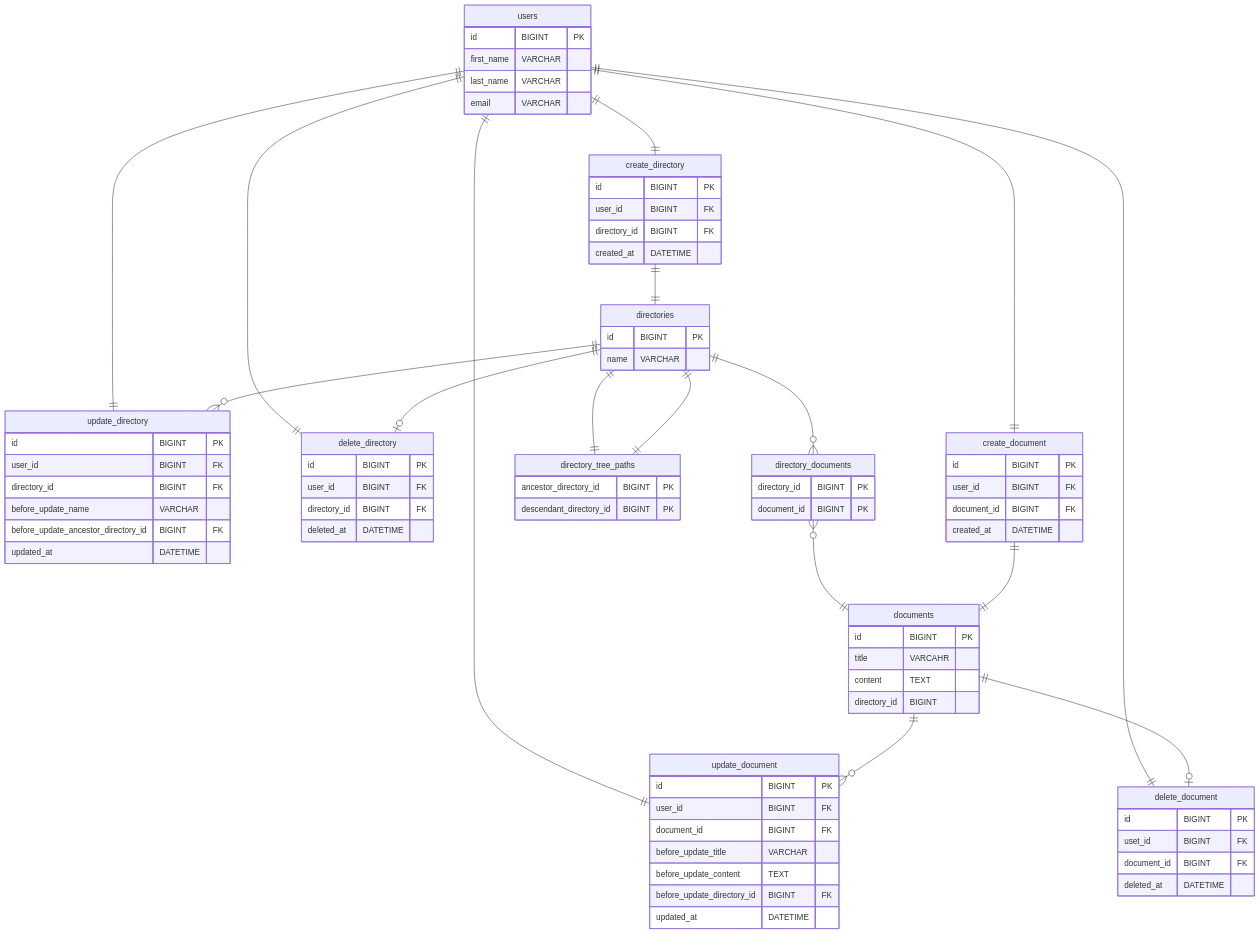
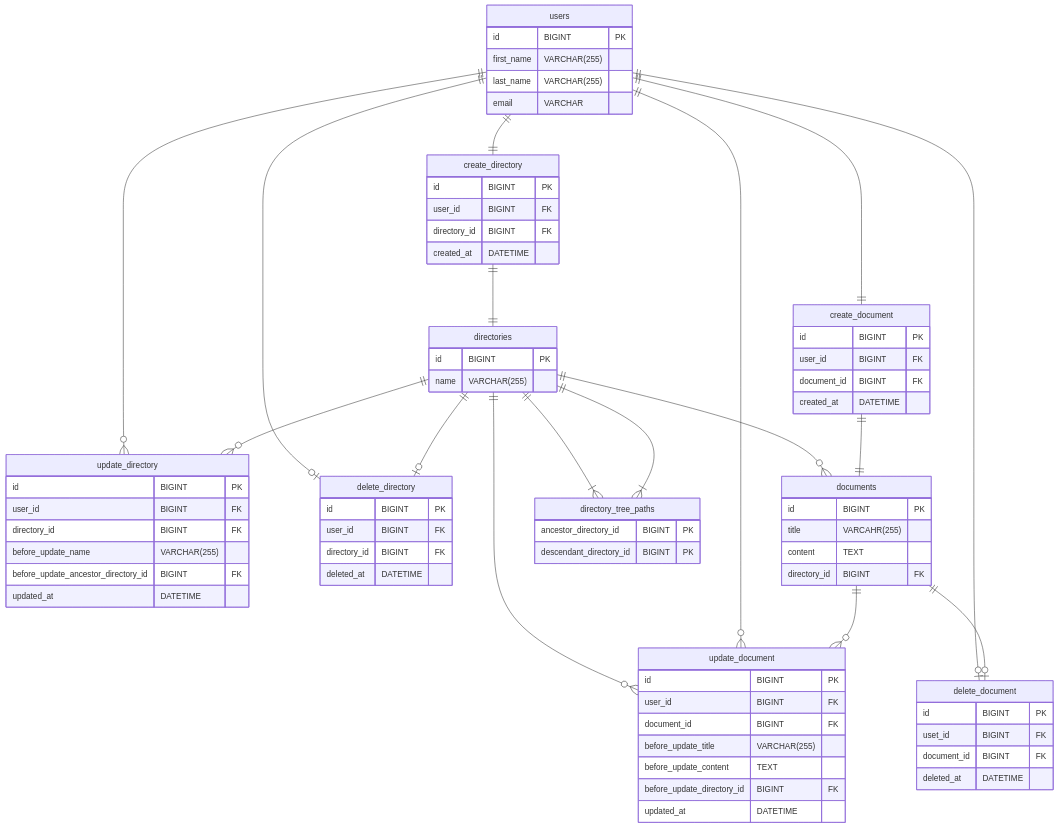
Before and after one commit to praha-inc/praha-challenge-7: the diagram in I84PdeRyF2ApGF/db_modeling03/er_diagram.md, drawn with Mermaid.

Commit message:
[Fix] erDiagram

````diff
--- a/I84PdeRyF2ApGF/db_modeling03/er_diagram.md
+++ b/I84PdeRyF2ApGF/db_modeling03/er_diagram.md
@@ -1,53 +1,59 @@
 ```mermaid
 erDiagram
 
+%% ディレクトリ関連
 users ||--|| create_directory : ""
-users ||--|| update_directory : ""
-users ||--|| delete_directory : ""
+users ||--o{ update_directory : ""
+users ||--o| delete_directory : ""
 create_directory ||--|| directories : ""
 directories ||--o{ update_directory : ""
 directories ||--o| delete_directory : ""
+directories ||--o{ documents : ""
+directories ||--o{ update_document : ""
 
-directories ||--o{ directory_documents : ""
-directory_documents }o--|| documents : ""
-
-directory_tree_paths ||--|| directories : ""
-directories ||--|| directory_tree_paths : ""
-
+%% ドキュメント関連
 users ||--|| create_document : ""
-users ||--|| delete_document : ""
-users ||--|| update_document : ""
+users ||--o{ update_document : ""
+users ||--o| delete_document : ""
 create_document ||--|| documents : ""
 documents ||--o{ update_document : ""
 documents ||--o| delete_document : ""
 
+%% ディレクトリーサブディレクトリ関連
+directory_tree_paths }|--|| directories : ""
+directories ||--|{ directory_tree_paths : ""
 
-
-
+%% リソース
+%% ユーザー
 users{
     id BIGINT PK
-    first_name VARCHAR
-    last_name VARCHAR
+    first_name VARCHAR(255)
+    last_name VARCHAR(255)
     email VARCHAR
 }
 
+%% ディレクトリ
 directories{
     id BIGINT PK
-    name VARCHAR
+    name VARCHAR(255)
 }
 
+%% ドキュメント
 documents{
     id BIGINT PK
-    title VARCAHR
+    title VARCAHR(255)
     content TEXT
-    directory_id BIGINT
+    directory_id BIGINT FK
 }
 
-directory_documents{
-    directory_id BIGINT PK
-    document_id BIGINT PK
+ %% ディレクトリとサブディレクトリの閉包テーブル
+directory_tree_paths{
+    ancestor_directory_id BIGINT PK
+    descendant_directory_id BIGINT PK
 }
 
+%% イベント
+%% ディレクトリ作成
 create_directory{
     id BIGINT PK
     user_id BIGINT FK
@@ -55,6 +61,7 @@
     created_at DATETIME
 }
 
+%% ディレクトリ削除
 delete_directory{
     id BIGINT PK
     user_id BIGINT FK
@@ -62,20 +69,17 @@
     deleted_at DATETIME
 }
 
+%% ディレクトリ更新
 update_directory{
     id BIGINT PK
     user_id BIGINT FK
     directory_id BIGINT FK
-    before_update_name VARCHAR
+    before_update_name VARCHAR(255)
     before_update_ancestor_directory_id BIGINT FK
     updated_at DATETIME
 }
 
-directory_tree_paths{
-    ancestor_directory_id BIGINT PK
-    descendant_directory_id BIGINT PK
-}
-
+%% ドキュメント作成
 create_document{
     id BIGINT PK
     user_id BIGINT FK
@@ -83,6 +87,7 @@
     created_at DATETIME
 }
 
+%% ドキュメント削除
 delete_document{
     id BIGINT PK
     uset_id BIGINT FK
@@ -90,16 +95,15 @@
     deleted_at DATETIME
 }
 
+%% ドキュメント更新
 update_document{
     id BIGINT PK
     user_id BIGINT FK
     document_id BIGINT FK
-    before_update_title VARCHAR
+    before_update_title VARCHAR(255)
     before_update_content TEXT
     before_update_directory_id BIGINT FK
     updated_at DATETIME
 }
 
-
-
 ```
````
